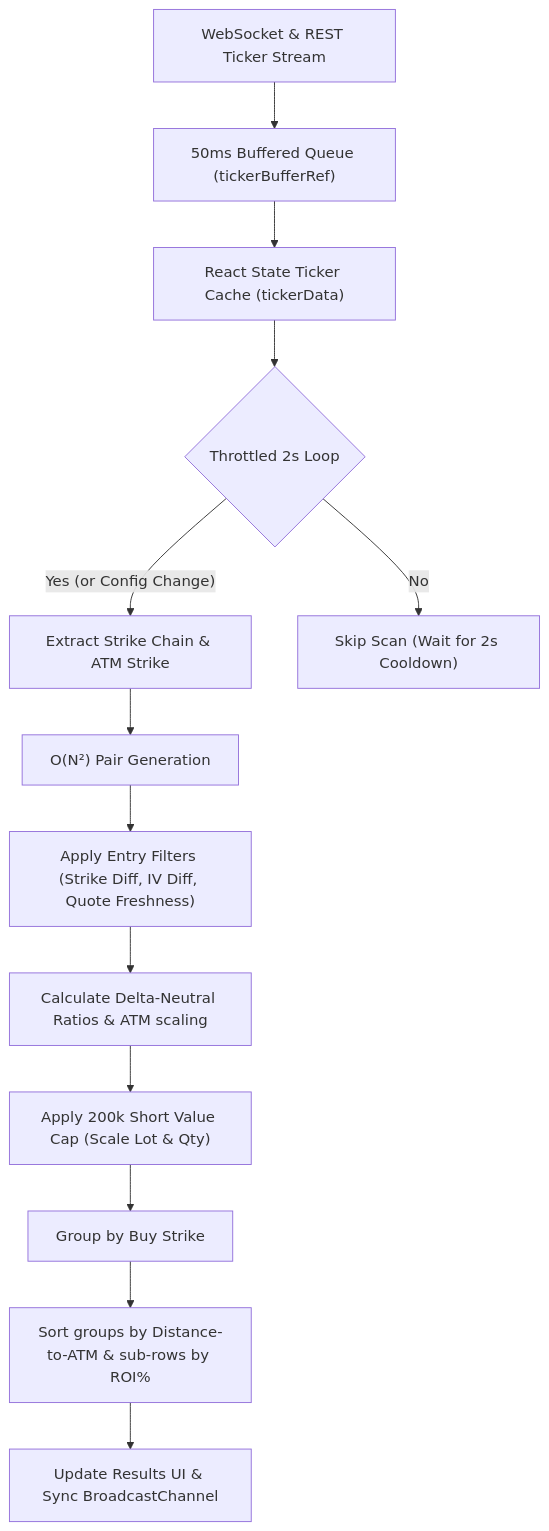
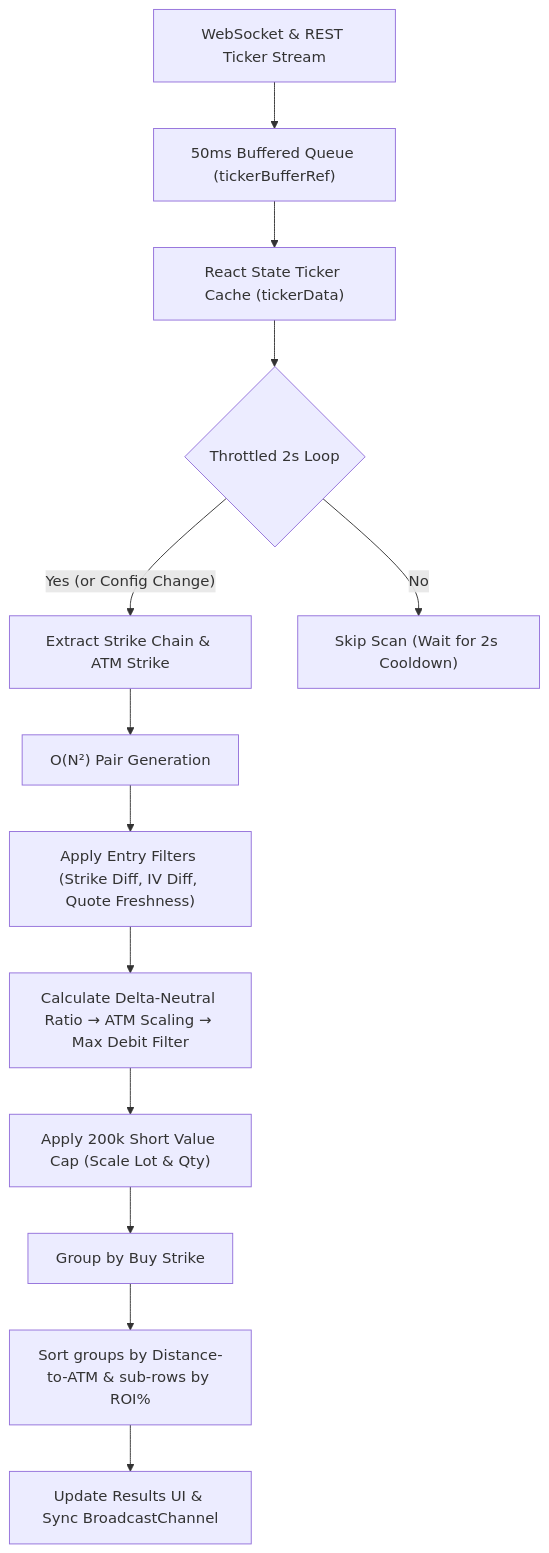
One commit to Vitti-Capital-Tech/Option_Scope changed the diagram in docs/ratio_spread_explained.md. Above: the diagram before and after it, drawn with Mermaid. The commit also changed other lines of this file and 5 other files, not shown here.

Commit message:
Added the change for first atm ratio scaling and then max debit check

````diff
--- a/docs/ratio_spread_explained.md
+++ b/docs/ratio_spread_explained.md
@@ -196,17 +198,17 @@
 ```mermaid
 flowchart TD
     A["WebSocket & REST Ticker Stream"] --> B["50ms Buffered Queue (tickerBufferRef)"]
     B --> C["React State Ticker Cache (tickerData)"]
     C --> D{"Throttled 2s Loop"}
     
     D -->|"Yes (or Config Change)"| E["Extract Strike Chain & ATM Strike"]
     D -->|"No"| F["Skip Scan (Wait for 2s Cooldown)"]
     
     E --> G["O(N²) Pair Generation"]
     G --> H["Apply Entry Filters (Strike Diff, IV Diff, Quote Freshness)"]
-    H --> I["Calculate Delta-Neutral Ratios & ATM scaling"]
+    H --> I["Calculate Delta-Neutral Ratio → ATM Scaling → Max Debit Filter"]
     I --> J["Apply 200k Short Value Cap (Scale Lot & Qty)"]
     J --> K["Group by Buy Strike"]
     K --> L["Sort groups by Distance-to-ATM & sub-rows by ROI%"]
     L --> M["Update Results UI & Sync BroadcastChannel"]
 ```
````
